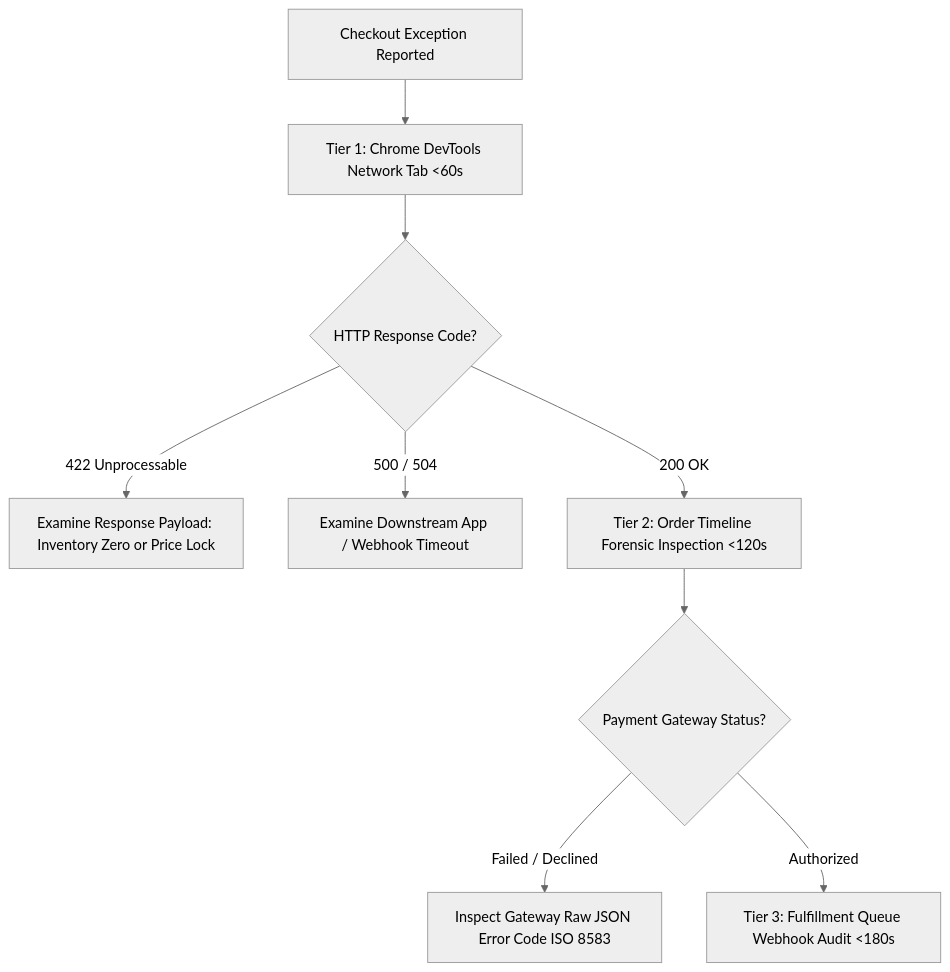
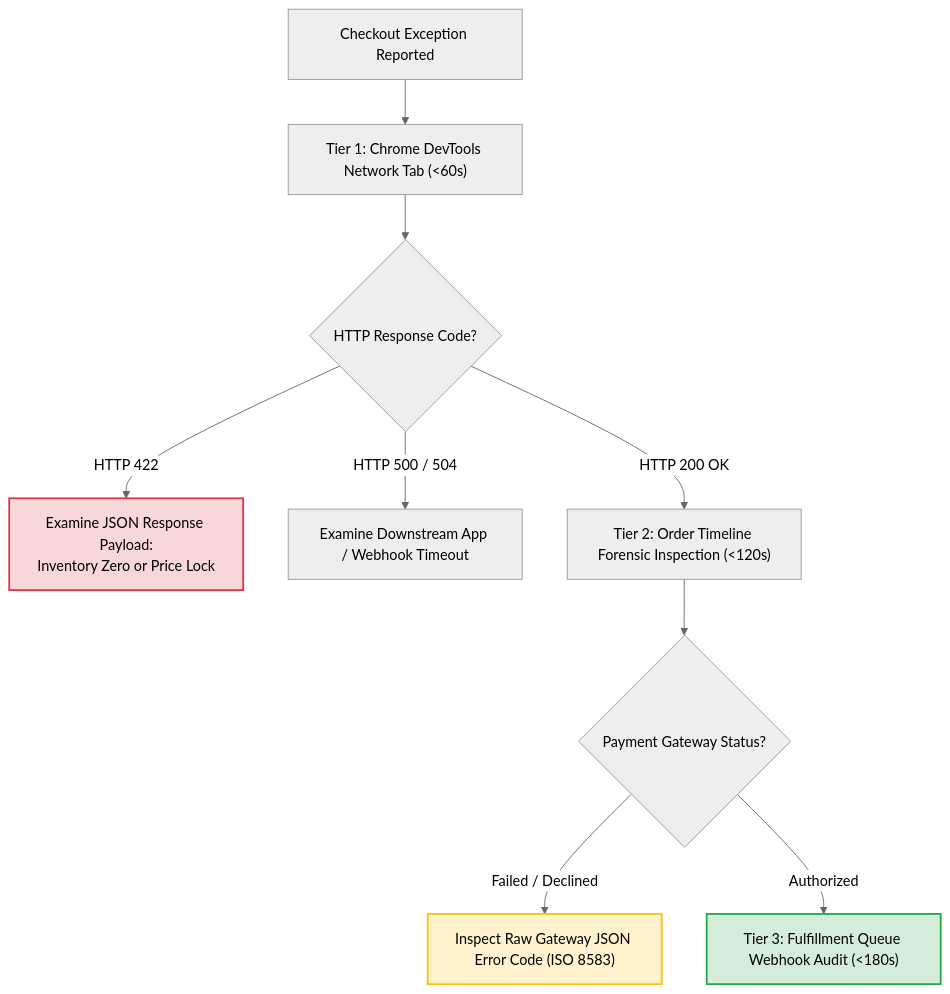
Before and after one commit to riovicsusas/portfolio: the second of 5 diagrams in master-dossiers/MasterDossier-Domain5-MarginDefenseAndCartDiagnostics.md, drawn with Mermaid (neutral theme). The commit also changed other lines of this file and 1 other file, not shown here.

````diff
--- a/master-dossiers/MasterDossier-Domain5-MarginDefenseAndCartDiagnostics.md
+++ b/master-dossiers/MasterDossier-Domain5-MarginDefenseAndCartDiagnostics.md
@@ -45,11 +94,15 @@
 ```mermaid
 flowchart TD
-    A[Checkout Exception Reported] --> B[Tier 1: Chrome DevTools Network Tab <60s]
-    B --> C{HTTP Response Code?}
-    C -- 422 Unprocessable --> D[Examine Response Payload: Inventory Zero or Price Lock]
-    C -- 500 / 504 --> E[Examine Downstream App / Webhook Timeout]
-    C -- 200 OK --> F[Tier 2: Order Timeline Forensic Inspection <120s]
-    F --> G{Payment Gateway Status?}
-    G -- Failed / Declined --> H[Inspect Gateway Raw JSON Error Code ISO 8583]
-    G -- Authorized --> I[Tier 3: Fulfillment Queue Webhook Audit <180s]
+    A["Checkout Exception Reported"] --> B["Tier 1: Chrome DevTools Network Tab (<60s)"]
+    B --> C{"HTTP Response Code?"}
+    C -- "HTTP 422" --> D["Examine JSON Response Payload:<br/>Inventory Zero or Price Lock"]
+    C -- "HTTP 500 / 504" --> E["Examine Downstream App / Webhook Timeout"]
+    C -- "HTTP 200 OK" --> F["Tier 2: Order Timeline Forensic Inspection (<120s)"]
+    F --> G{"Payment Gateway Status?"}
+    G -- "Failed / Declined" --> H["Inspect Raw Gateway JSON Error Code (ISO 8583)"]
+    G -- "Authorized" --> I["Tier 3: Fulfillment Queue Webhook Audit (<180s)"]
+
+    style D fill:#f8d7da,stroke:#dc3545,stroke-width:2px;
+    style H fill:#fff3cd,stroke:#ffc107,stroke-width:2px;
+    style I fill:#d4edda,stroke:#28a745,stroke-width:2px;
 ```
````
